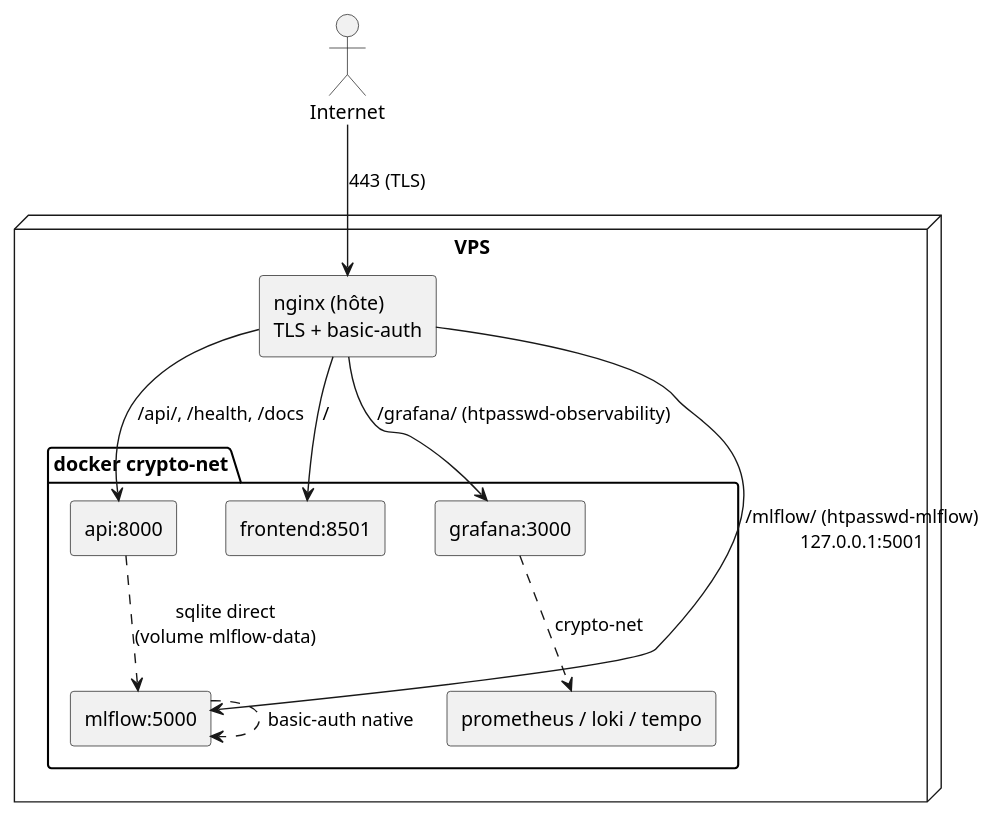
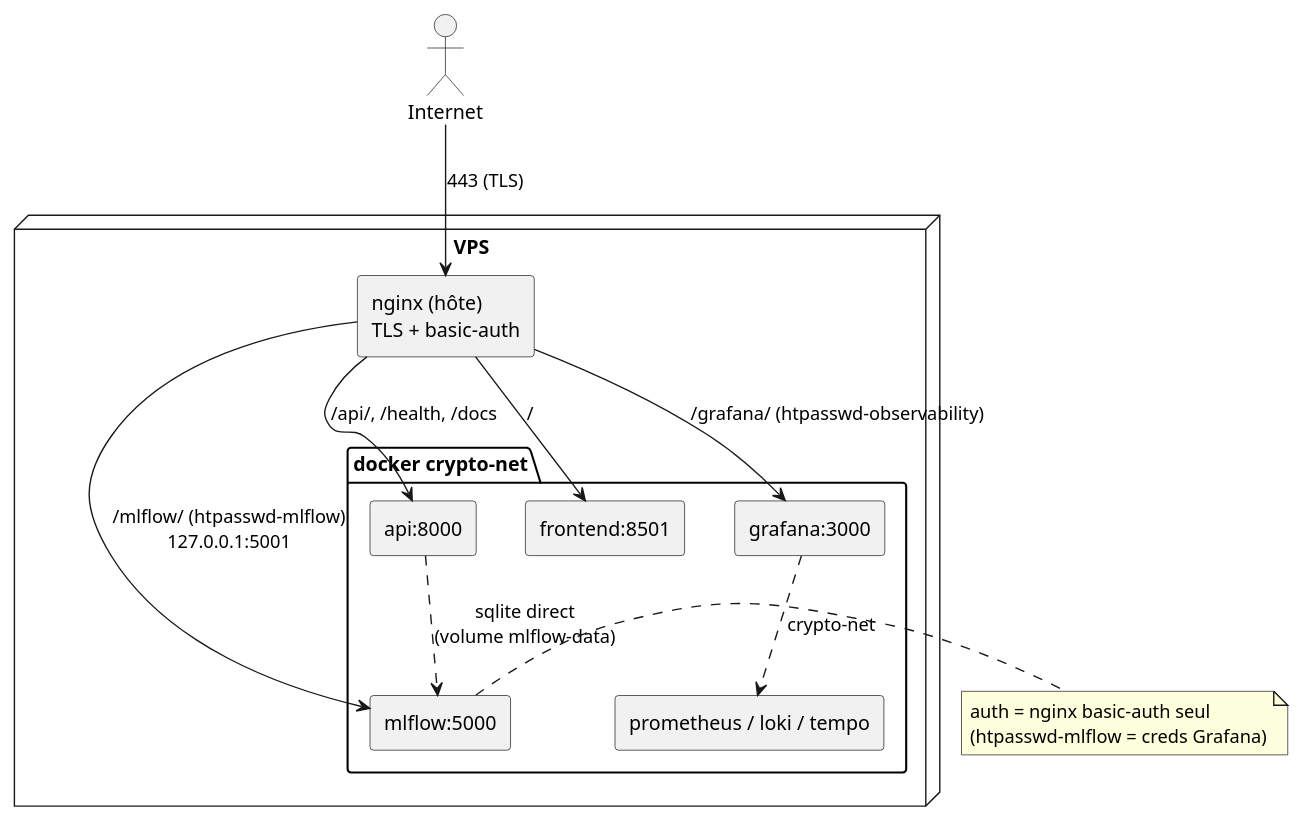
Before and after one commit to jules-prod/cryptobot-fin: the first of 2 diagrams in infra/README.md, drawn with PlantUML. The commit also changed other lines of this file and 4 other files, not shown here.

````diff
--- a/infra/README.md
+++ b/infra/README.md
@@ -9,27 +9,27 @@
 ```plantuml
 @startuml
 skinparam shadowing false
 skinparam componentStyle rectangle
 
 actor Internet
 node "VPS" {
   [nginx (hôte)\nTLS + basic-auth] as nginx
   package "docker crypto-net" {
     [api:8000] as api
     [frontend:8501] as front
     [grafana:3000] as grafana
     [mlflow:5000] as mlflow
     [prometheus / loki / tempo] as obs
   }
 }
 
 Internet --> nginx : 443 (TLS)
 nginx --> front : /
 nginx --> api : /api/, /health, /docs
 nginx --> grafana : /grafana/ (htpasswd-observability)
 nginx --> mlflow : /mlflow/ (htpasswd-mlflow)\n127.0.0.1:5001
 api ..> mlflow : sqlite direct\n(volume mlflow-data)
 grafana ..> obs : crypto-net
-mlflow ..> mlflow : basic-auth native
+note right of mlflow : auth = nginx basic-auth seul\n(htpasswd-mlflow = creds Grafana)
 @enduml
 ```
````
